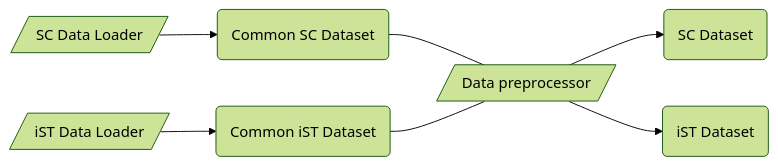
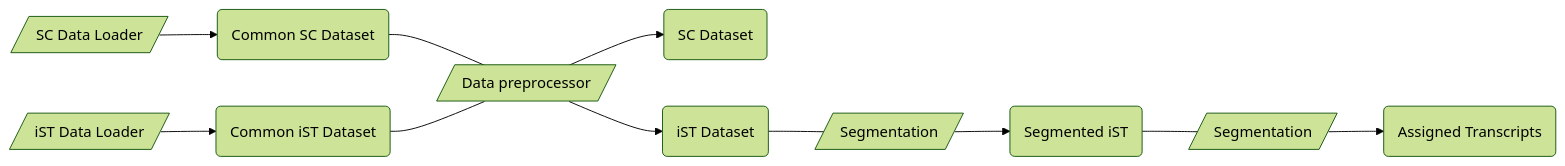
One commit to openproblems-bio/task_ist_preprocessing changed the diagram in README.md. Above: the diagram before and after it, drawn with Mermaid (forest theme). The commit also changed other lines of this file and 8 other files, not shown here.

````diff
--- a/README.md
+++ b/README.md
@@ -37,16 +37,24 @@
 ``` mermaid
 flowchart LR
   comp_data_loader_sc[/"SC Data Loader"/]
   file_common_singlecell("Common SC Dataset")
   comp_data_preprocessor[/"Data preprocessor"/]
   file_singlecell("SC Dataset")
   file_spatialdata("iST Dataset")
+  comp_segmentation_method[/"Segmentation"/]
+  file_spatialdata_segmented("Segmented iST")
+  comp_assignment_method[/"Segmentation"/]
+  file_spatialdata_assigned("Assigned Transcripts")
   file_common_spatialdata("Common iST Dataset")
   comp_data_loader_sp[/"iST Data Loader"/]
   comp_data_loader_sc-->file_common_singlecell
   file_common_singlecell---comp_data_preprocessor
   comp_data_preprocessor-->file_singlecell
   comp_data_preprocessor-->file_spatialdata
+  file_spatialdata---comp_segmentation_method
+  comp_segmentation_method-->file_spatialdata_segmented
+  file_spatialdata_segmented---comp_assignment_method
+  comp_assignment_method-->file_spatialdata_assigned
   file_common_spatialdata---comp_data_preprocessor
   comp_data_loader_sp-->file_common_spatialdata
 ```
````
